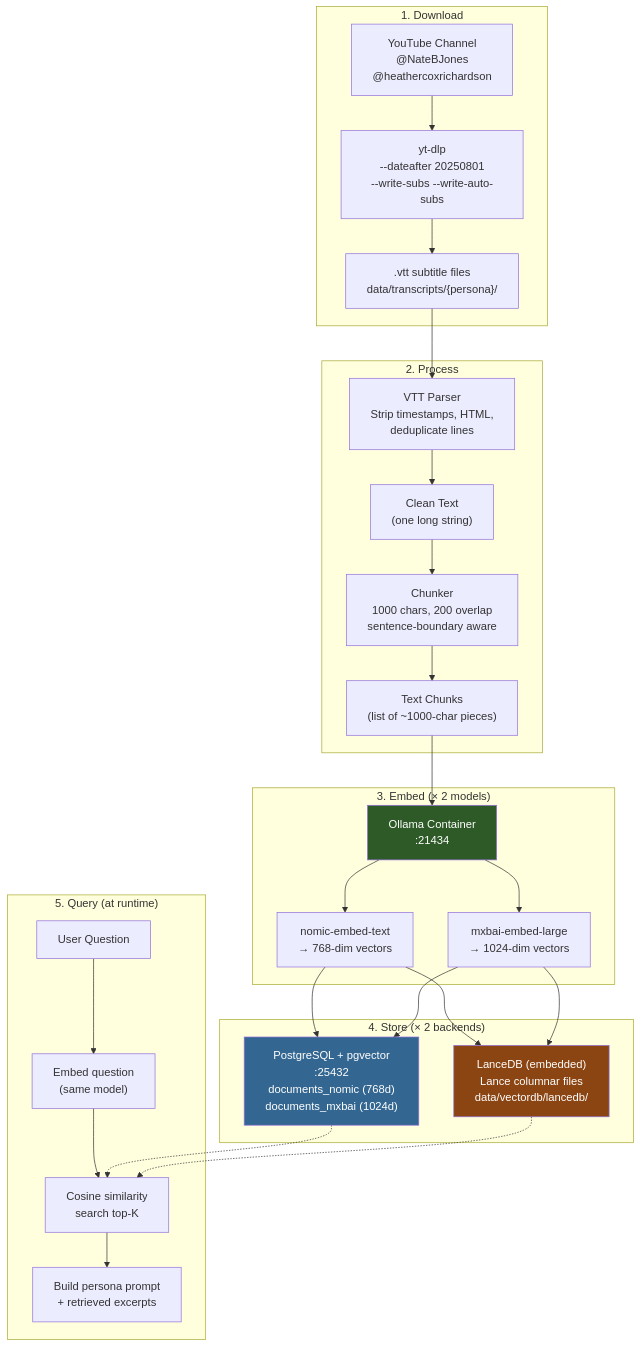
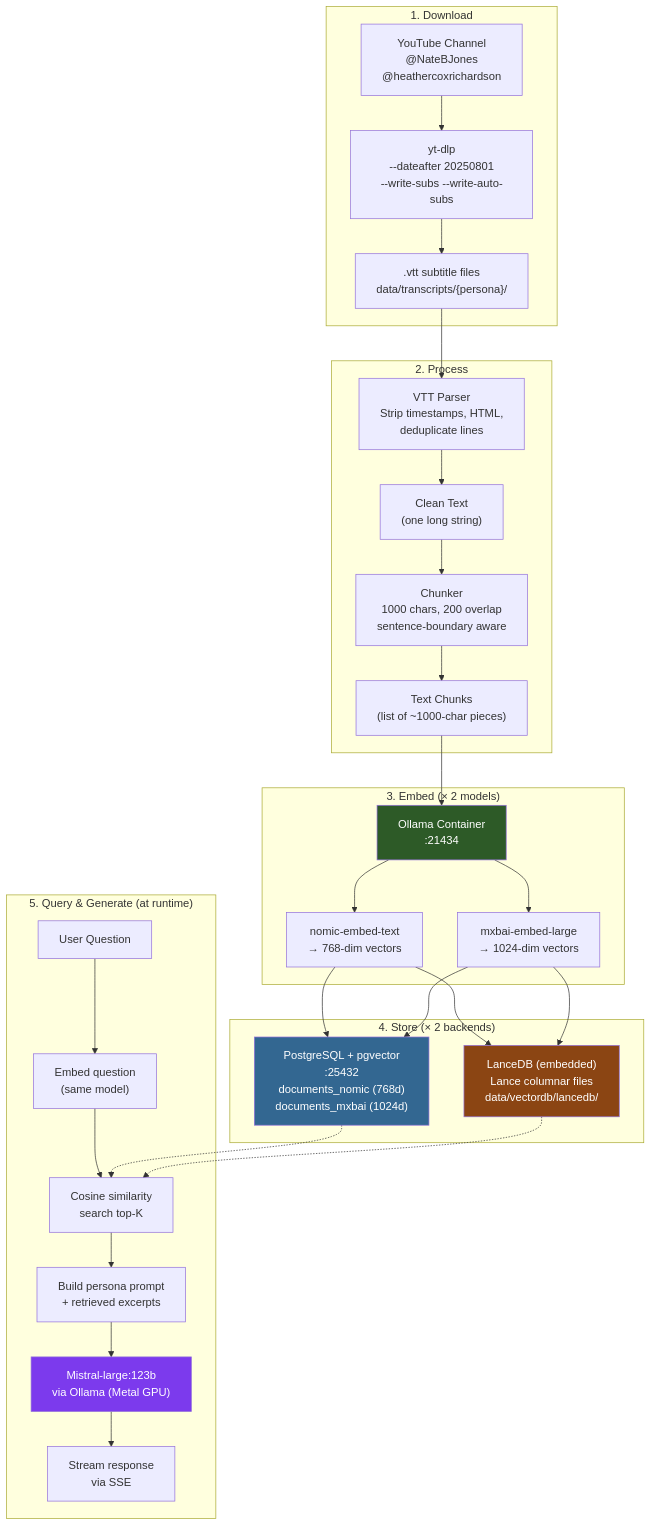
One commit to bedwards/longspear changed the diagram in README.md. Above: the diagram before and after it, drawn with Mermaid. The commit also changed other lines of this file and 2 other files, not shown here.

````diff
--- a/README.md
+++ b/README.md
@@ -27,49 +42,52 @@
 ```mermaid
 graph TD
     subgraph "1. Download"
         YT["YouTube Channel<br/>@NateBJones<br/>@heathercoxrichardson"]
         YTDLP["yt-dlp<br/>--dateafter 20250801<br/>--write-subs --write-auto-subs"]
         VTT[".vtt subtitle files<br/>data/transcripts/{persona}/"]
         YT --> YTDLP --> VTT
     end
 
     subgraph "2. Process"
         PARSE["VTT Parser<br/>Strip timestamps, HTML,<br/>deduplicate lines"]
         CLEAN["Clean Text<br/>(one long string)"]
         CHUNK["Chunker<br/>1000 chars, 200 overlap<br/>sentence-boundary aware"]
         CHUNKS["Text Chunks<br/>(list of ~1000-char pieces)"]
         VTT --> PARSE --> CLEAN --> CHUNK --> CHUNKS
     end
 
     subgraph "3. Embed (× 2 models)"
         OLLAMA["Ollama Container<br/>:21434"]
         NOMIC["nomic-embed-text<br/>→ 768-dim vectors"]
         MXBAI["mxbai-embed-large<br/>→ 1024-dim vectors"]
         CHUNKS --> OLLAMA
         OLLAMA --> NOMIC
         OLLAMA --> MXBAI
     end
 
     subgraph "4. Store (× 2 backends)"
         PG["PostgreSQL + pgvector<br/>:25432<br/>documents_nomic (768d)<br/>documents_mxbai (1024d)"]
         LANCE["LanceDB (embedded)<br/>Lance columnar files<br/>data/vectordb/lancedb/"]
         NOMIC --> PG
         NOMIC --> LANCE
         MXBAI --> PG
         MXBAI --> LANCE
     end
 
-    subgraph "5. Query (at runtime)"
+    subgraph "5. Query & Generate (at runtime)"
         Q["User Question"]
         EMB_Q["Embed question<br/>(same model)"]
         SEARCH["Cosine similarity<br/>search top-K"]
         PROMPT["Build persona prompt<br/>+ retrieved excerpts"]
-        Q --> EMB_Q --> SEARCH --> PROMPT
+        LLM["Mistral-large:123b<br/>via Ollama (Metal GPU)"]
+        STREAM["Stream response<br/>via SSE"]
+        Q --> EMB_Q --> SEARCH --> PROMPT --> LLM --> STREAM
         PG -.-> SEARCH
         LANCE -.-> SEARCH
     end
 
     style OLLAMA fill:#2d5a27,color:#fff
     style PG fill:#336791,color:#fff
     style LANCE fill:#8b4513,color:#fff
+    style LLM fill:#7c3aed,color:#fff
 ```
````
